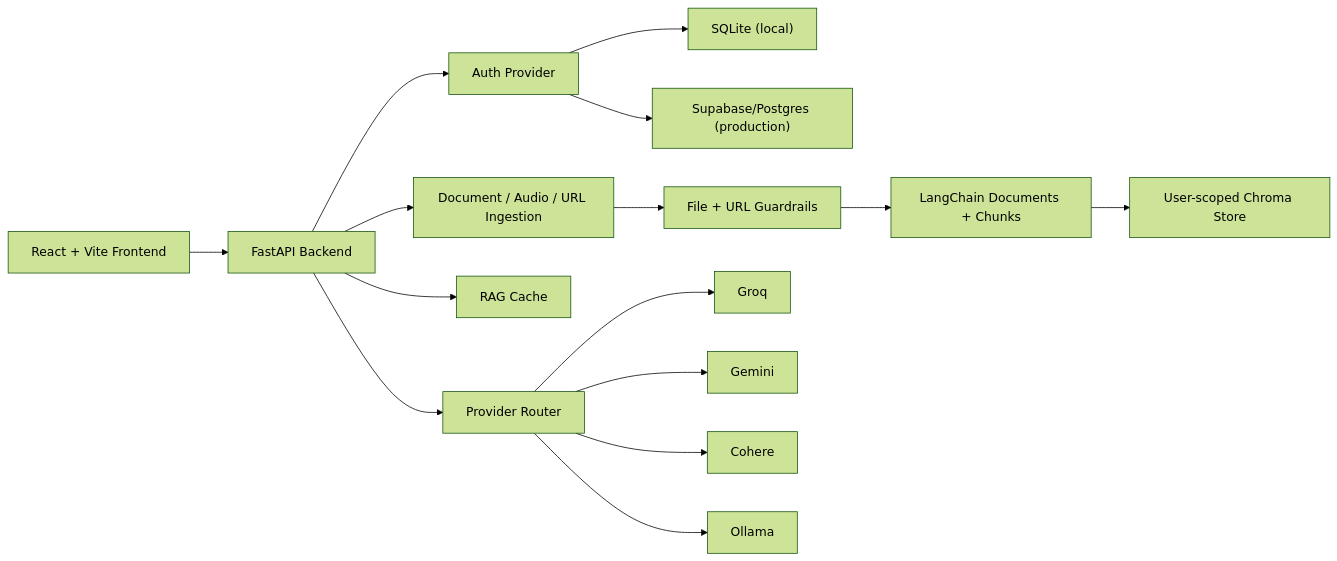
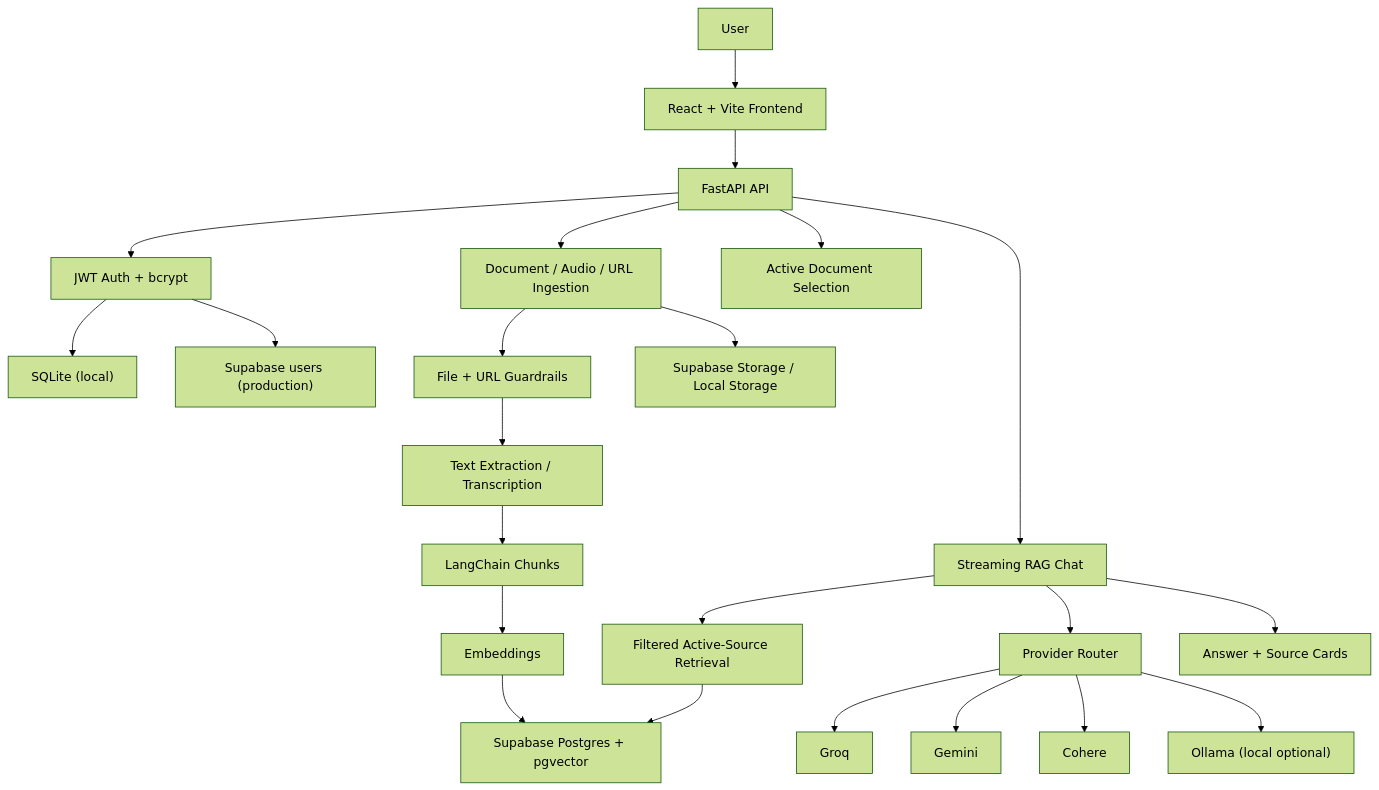
The diagram in README.md (Swatikkar/Ragverse), drawn with Mermaid (forest theme) before and after one commit. The commit also changed other lines of this file and 10 other files, not shown here.

````diff
--- a/README.md
+++ b/README.md
@@ -50,17 +161,25 @@
 ```mermaid
-flowchart LR
-  UI["React + Vite Frontend"] --> API["FastAPI Backend"]
-  API --> Auth["Auth Provider"]
-  Auth --> SQLite["SQLite (local)"]
-  Auth --> Supabase["Supabase/Postgres (production)"]
-  API --> Ingestion["Document / Audio / URL Ingestion"]
-  Ingestion --> Guardrails["File + URL Guardrails"]
-  Guardrails --> Chunks["LangChain Documents + Chunks"]
-  Chunks --> Chroma["User-scoped Chroma Store"]
-  API --> Cache["RAG Cache"]
-  API --> Providers["Provider Router"]
-  Providers --> Groq["Groq"]
-  Providers --> Gemini["Gemini"]
-  Providers --> Cohere["Cohere"]
-  Providers --> Ollama["Ollama"]
+graph TD
+    User["User"] --> Frontend["React + Vite Frontend"]
+    Frontend --> API["FastAPI API"]
+    API --> Auth["JWT Auth + bcrypt"]
+    Auth --> LocalDB["SQLite (local)"]
+    Auth --> SupabaseUsers["Supabase users (production)"]
+    API --> Ingestion["Document / Audio / URL Ingestion"]
+    Ingestion --> Guardrails["File + URL Guardrails"]
+    Guardrails --> Extraction["Text Extraction / Transcription"]
+    Extraction --> Chunks["LangChain Chunks"]
+    Chunks --> Embeddings["Embeddings"]
+    Embeddings --> PgVector["Supabase Postgres + pgvector"]
+    Ingestion --> Storage["Supabase Storage / Local Storage"]
+    API --> ActiveDocs["Active Document Selection"]
+    API --> Chat["Streaming RAG Chat"]
+    Chat --> Retriever["Filtered Active-Source Retrieval"]
+    Retriever --> PgVector
+    Chat --> Router["Provider Router"]
+    Router --> Groq["Groq"]
+    Router --> Gemini["Gemini"]
+    Router --> Cohere["Cohere"]
+    Router --> Ollama["Ollama (local optional)"]
+    Chat --> Sources["Answer + Source Cards"]
 ```
````
